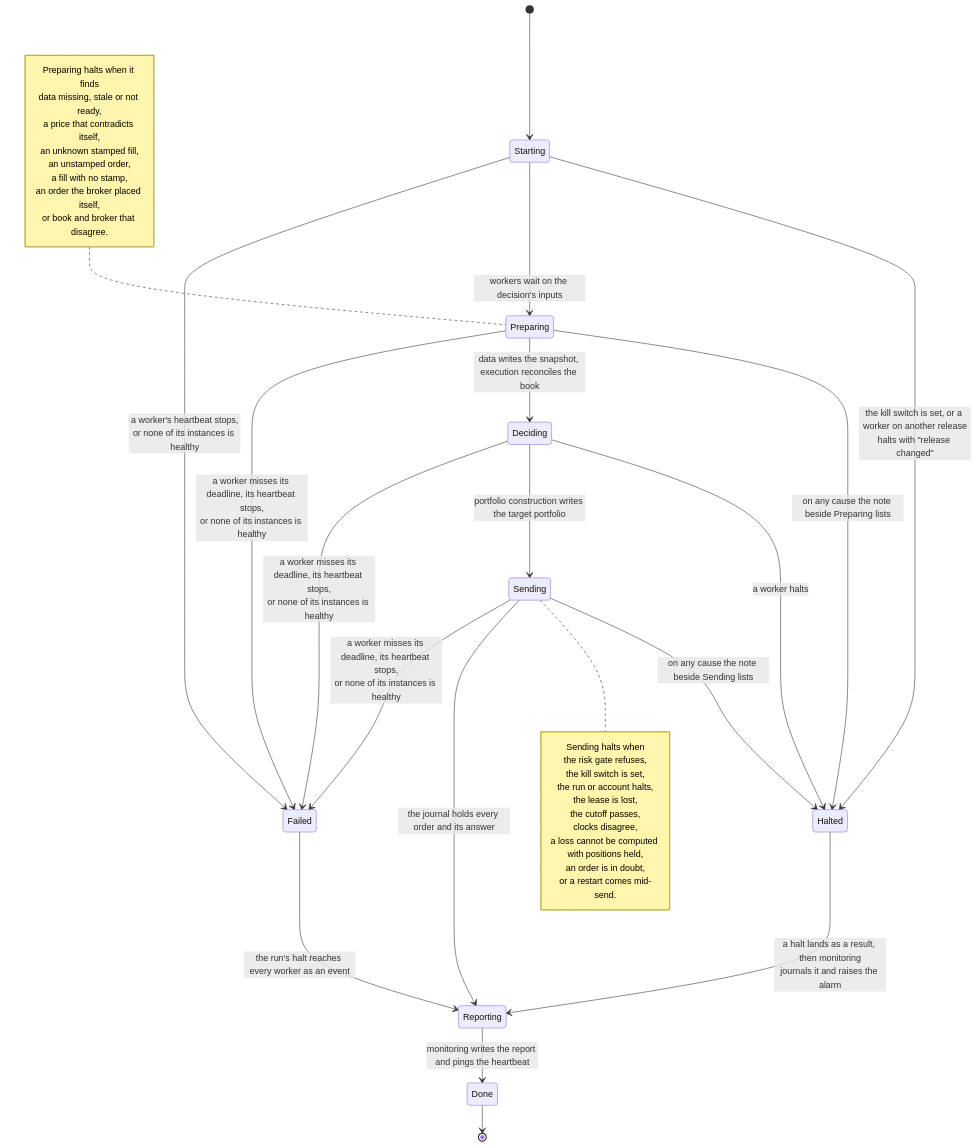
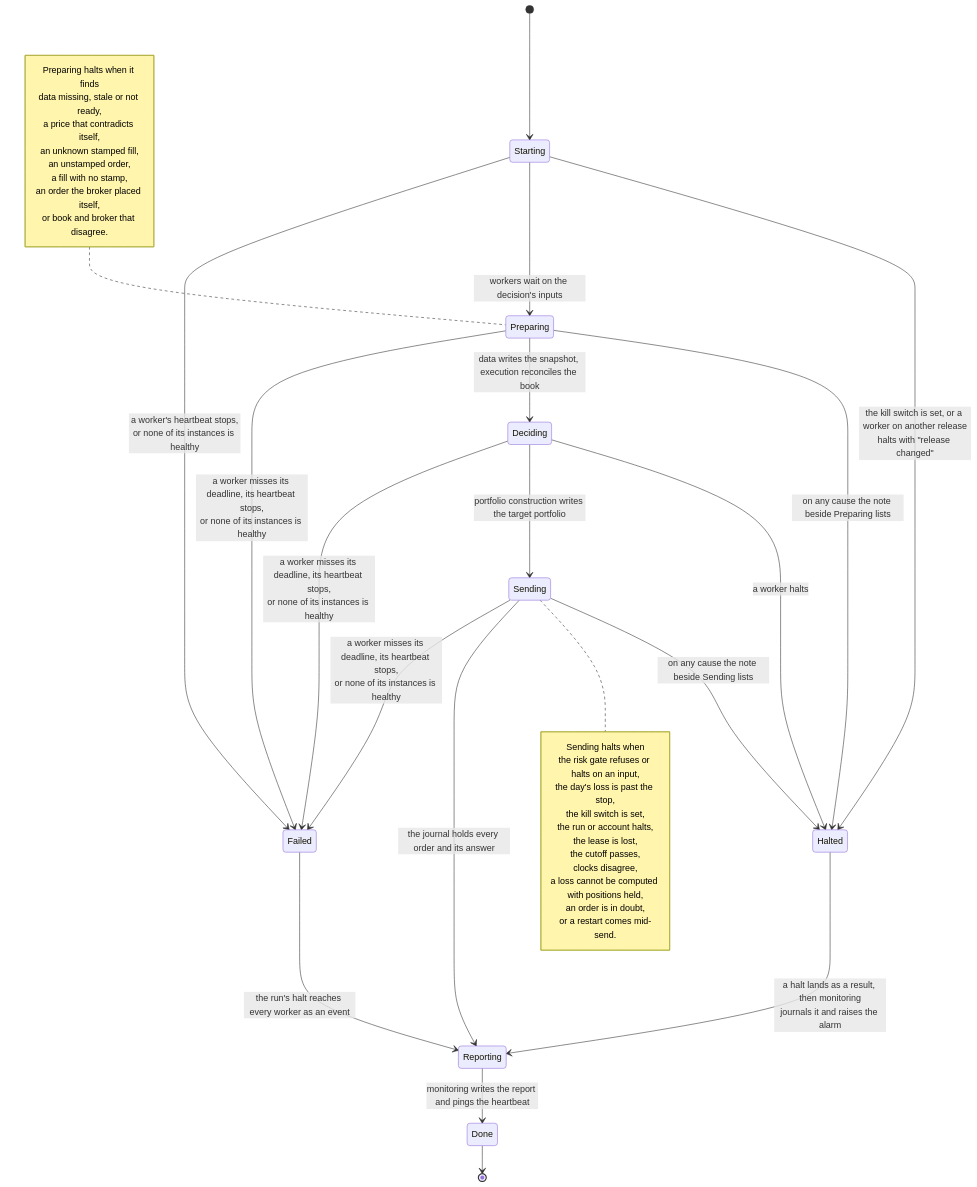
Before and after one commit to l3a0/ithildin-runtime: diagram 18 of 18 in docs/architecture/06-runtime.md, drawn with Mermaid. The commit also changed other lines of this file and 5 other files, not shown here.

First line of the commit message:
docs(risk): answer review round 4 of the risk gate

````diff
--- a/docs/architecture/06-runtime.md
+++ b/docs/architecture/06-runtime.md
@@ -1183,42 +1183,43 @@
 ```mermaid
 stateDiagram-v2
     [*] --> Starting
     Starting --> Halted: the kill switch is set, or a worker on another release<br/>halts with "release changed"
     Starting --> Preparing: workers wait on the decision's inputs
     Preparing --> Halted: on any cause the note beside Preparing lists
     note left of Preparing
         Preparing halts when it finds
         data missing, stale or not ready,
         a price that contradicts itself,
         an unknown stamped fill,
         an unstamped order,
         a fill with no stamp,
         an order the broker placed itself,
         or book and broker that disagree.
     end note
     Preparing --> Deciding: data writes the snapshot, execution reconciles the book
     Deciding --> Halted: a worker halts
     Deciding --> Sending: portfolio construction writes the target portfolio
     Sending --> Halted: on any cause the note beside Sending lists
     note right of Sending
         Sending halts when
-        the risk gate refuses,
+        the risk gate refuses or halts on an input,
+        the day's loss is past the stop,
         the kill switch is set,
         the run or account halts,
         the lease is lost,
         the cutoff passes,
         clocks disagree,
         a loss cannot be computed with positions held,
         an order is in doubt,
         or a restart comes mid-send.
     end note
     Sending --> Reporting: the journal holds every order and its answer
     Halted --> Reporting: a halt lands as a result, then monitoring<br/>journals it and raises the alarm
     Reporting --> Done: monitoring writes the report and pings the heartbeat
     Done --> [*]
     Starting --> Failed: a worker's heartbeat stops,<br/>or none of its instances is healthy
     Preparing --> Failed: a worker misses its deadline, its heartbeat stops,<br/>or none of its instances is healthy
     Deciding --> Failed: a worker misses its deadline, its heartbeat stops,<br/>or none of its instances is healthy
     Sending --> Failed: a worker misses its deadline, its heartbeat stops,<br/>or none of its instances is healthy
     Failed --> Reporting: the run's halt reaches every worker as an event
 ```
````
